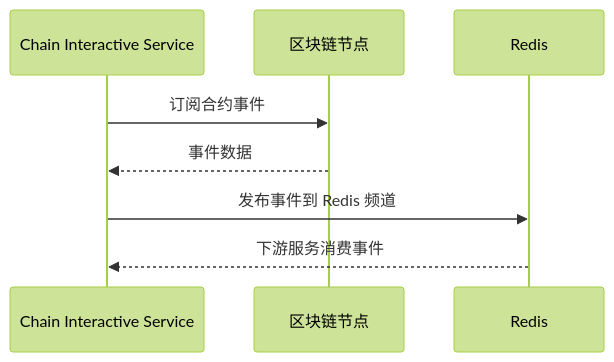
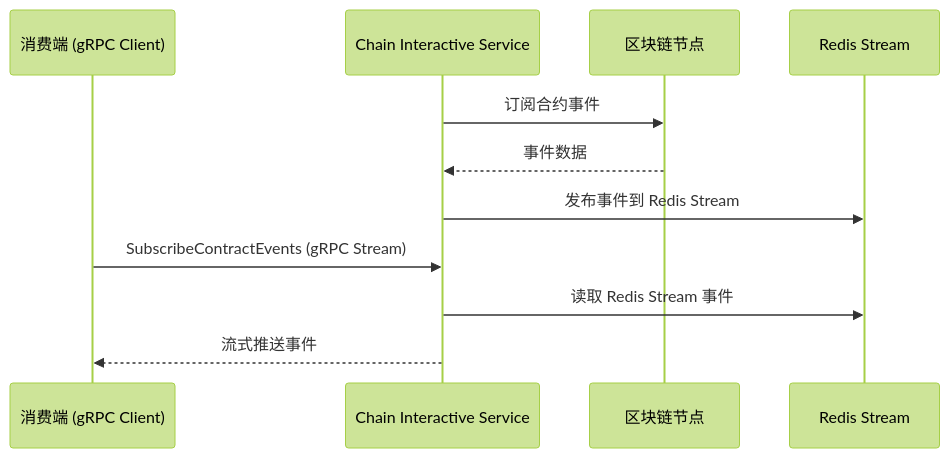
The first of 3 diagrams in doc/USAGE_CN.md (jackz-jones/blockchain-interactive-service), drawn with Mermaid (forest theme) before and after one commit. The commit also changed other lines of this file and 33 other files, not shown here.

````diff
--- a/doc/USAGE_CN.md
+++ b/doc/USAGE_CN.md
@@ -479,11 +484,14 @@
 ```mermaid
 sequenceDiagram
+    participant C as 消费端 (gRPC Client)
     participant S as Chain Interactive Service
     participant CH as 区块链节点
-    participant R as Redis
+    participant R as Redis Stream
     
     S->>CH: 订阅合约事件
     CH-->>S: 事件数据
-    S->>R: 发布事件到 Redis 频道
-    R-->>S: 下游服务消费事件
+    S->>R: 发布事件到 Redis Stream
+    C->>S: SubscribeContractEvents (gRPC Stream)
+    S->>R: 读取 Redis Stream 事件
+    S-->>C: 流式推送事件
 ```
````
